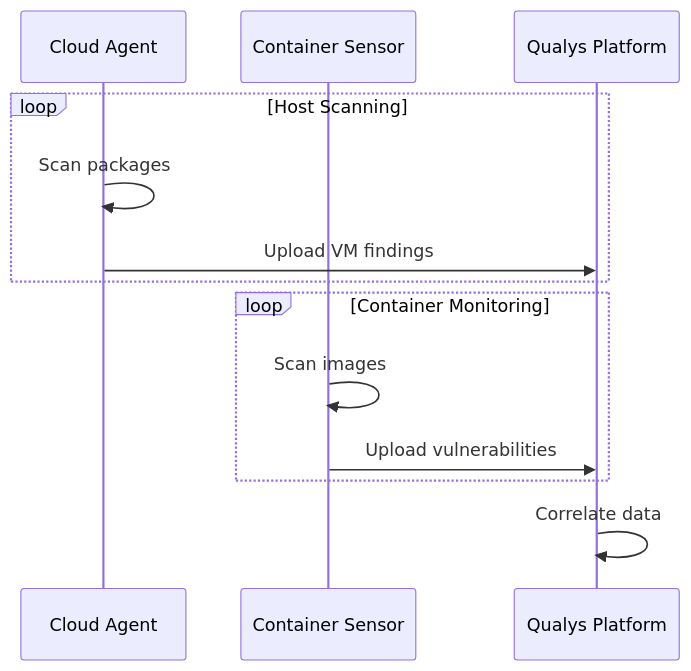
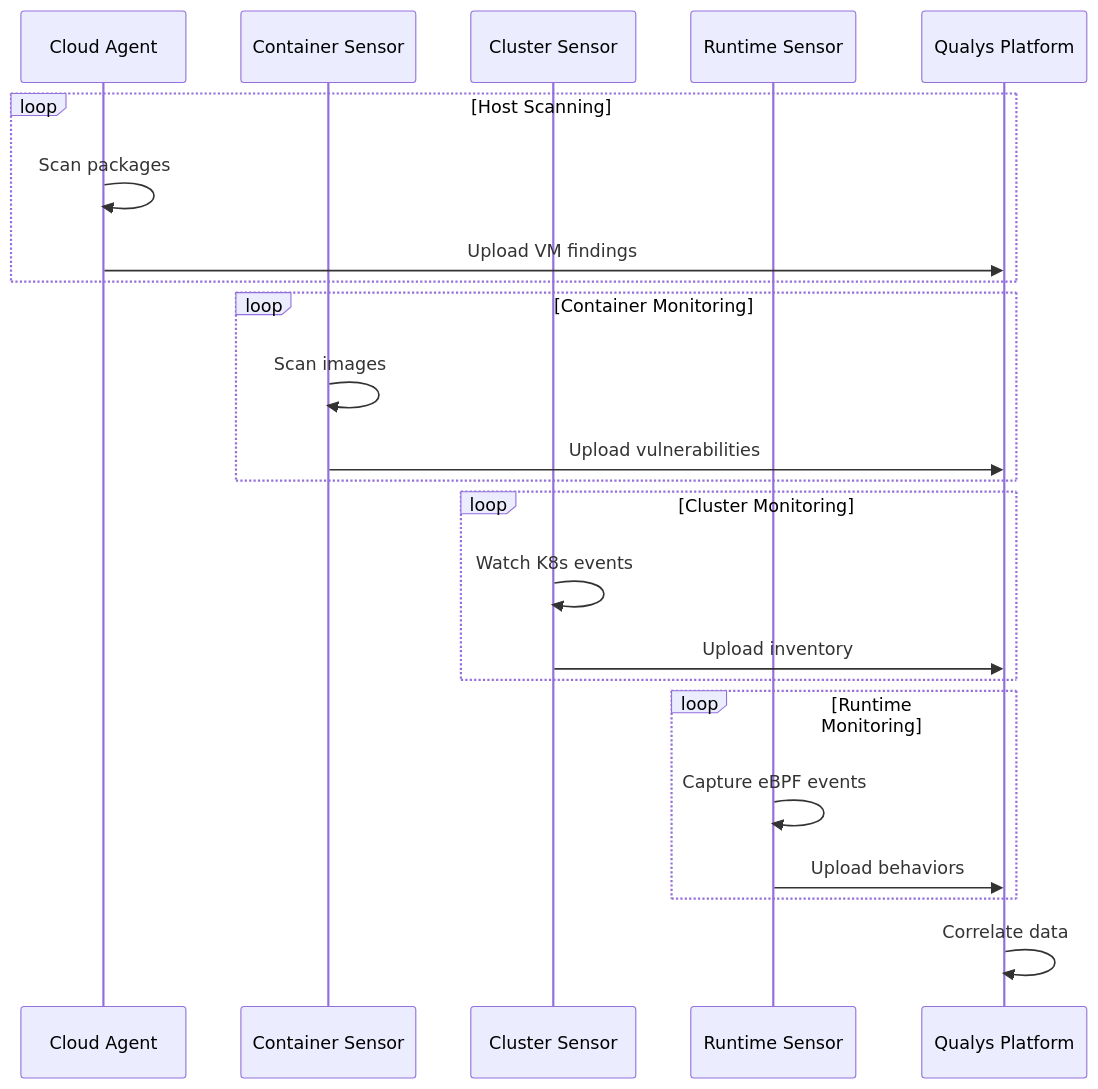
Diagram 11 of 12 in docs/blog.md (nelssec/qualys-nanny), drawn with Mermaid before and after one commit. The commit also changed other lines of this file and 10 other files, not shown here.

````diff
--- a/docs/blog.md
+++ b/docs/blog.md
@@ -353,18 +461,30 @@
 ```mermaid
 sequenceDiagram
     participant CA as Cloud Agent
     participant CS as Container Sensor
+    participant CL as Cluster Sensor
+    participant RT as Runtime Sensor
     participant QP as Qualys Platform
 
     loop Host Scanning
         CA->>CA: Scan packages
         CA->>QP: Upload VM findings
     end
 
     loop Container Monitoring
         CS->>CS: Scan images
         CS->>QP: Upload vulnerabilities
     end
 
+    loop Cluster Monitoring
+        CL->>CL: Watch K8s events
+        CL->>QP: Upload inventory
+    end
+
+    loop Runtime Monitoring
+        RT->>RT: Capture eBPF events
+        RT->>QP: Upload behaviors
+    end
+
     QP->>QP: Correlate data
 ```
````
